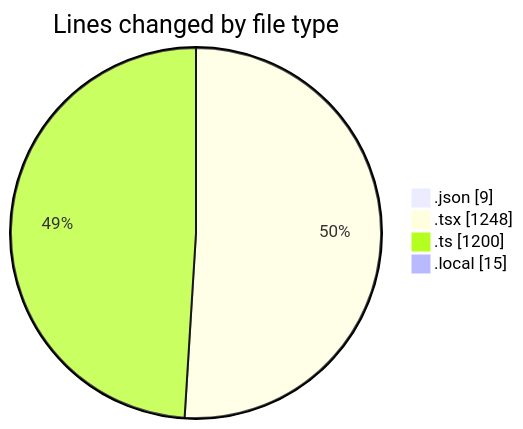
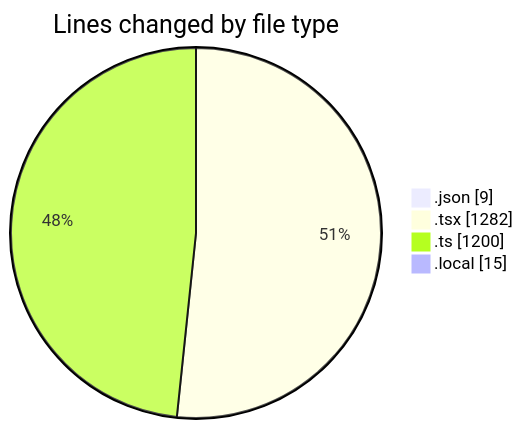
The first of 2 diagrams in 2025-10-27/eventscop-frontend-guide__workspace_/README.md (julien-gomy/code-tracking), drawn with Mermaid before and after one commit. The commit also changed other lines of this file and 1 other file, not shown here.

````diff
--- a/2025-10-27/eventscop-frontend-guide__workspace_/README.md
+++ b/2025-10-27/eventscop-frontend-guide__workspace_/README.md
@@ -30,8 +31,8 @@
 ```mermaid
 pie showData
 title Lines changed by file type
 ".json" : 9
-".tsx" : 1248
+".tsx" : 1282
 ".ts" : 1200
 ".local" : 15
 ```
````
